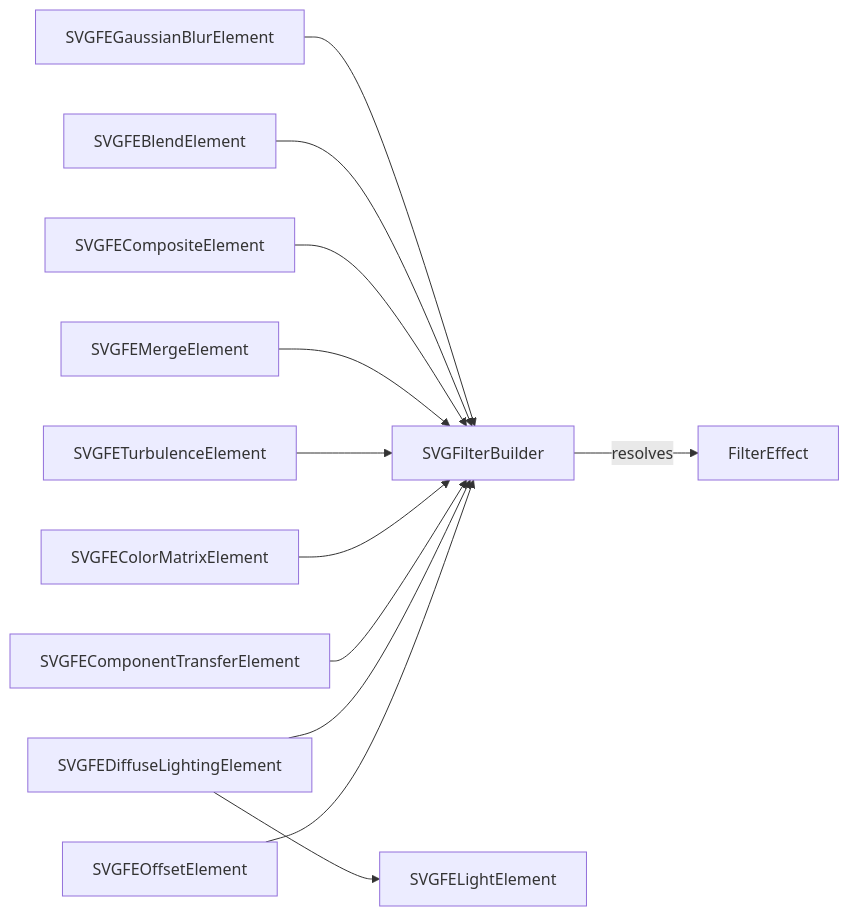
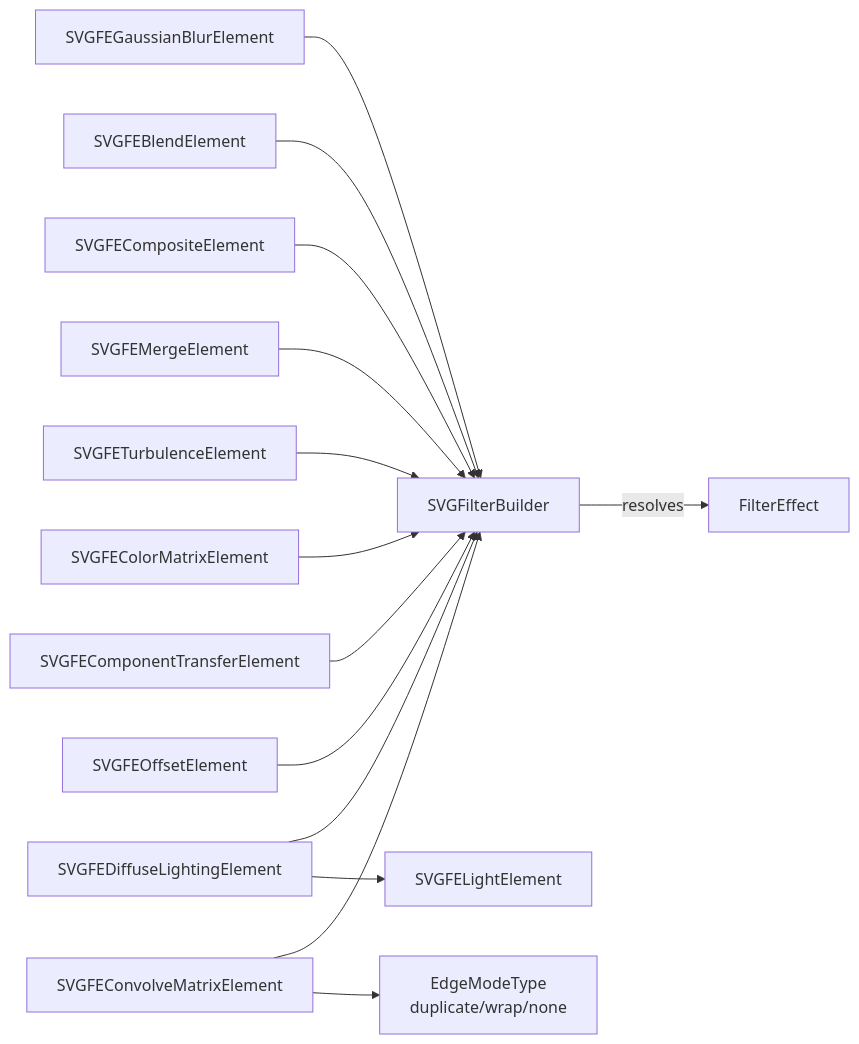
Diagram 18 of 18 in .qoder/repowiki/en/content/Animated SVG Support/Advanced Animation Features/SVG Filters and Effects/SVG Filters and Effects.md (denisnadey/flutter_full_svg_support), drawn with Mermaid before and after one commit. The commit also changed other lines of this file and 44 other files, not shown here.

````diff
--- a/.qoder/repowiki/en/content/Animated SVG Support/Advanced Animation Features/SVG Filters and Effects/SVG Filters and Effects.md
+++ b/.qoder/repowiki/en/content/Animated SVG Support/Advanced Animation Features/SVG Filters and Effects/SVG Filters and Effects.md
@@ -424,14 +589,16 @@
 ```mermaid
 graph LR
 Builder["SVGFilterBuilder"] --> |resolves| FE["FilterEffect"]
 Blur["SVGFEGaussianBlurElement"] --> Builder
 Blend["SVGFEBlendElement"] --> Builder
 Comp["SVGFECompositeElement"] --> Builder
 Merge["SVGFEMergeElement"] --> Builder
 Turb["SVGFETurbulenceElement"] --> Builder
 ColMat["SVGFEColorMatrixElement"] --> Builder
 CompTr["SVGFEComponentTransferElement"] --> Builder
 Light["SVGFEDiffuseLightingElement"] --> Builder
 Offset["SVGFEOffsetElement"] --> Builder
+Convolve["SVGFEConvolveMatrixElement"] --> Builder
 Light --> LightSrc["SVGFELightElement"]
+Convolve --> EdgeModes["EdgeModeType<br/>duplicate/wrap/none"]
 ```
````
